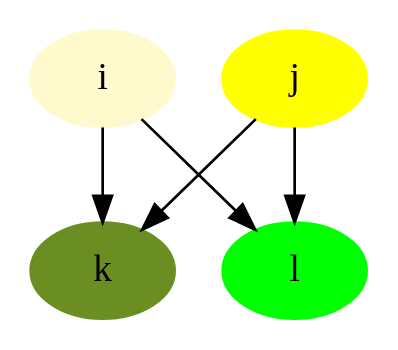
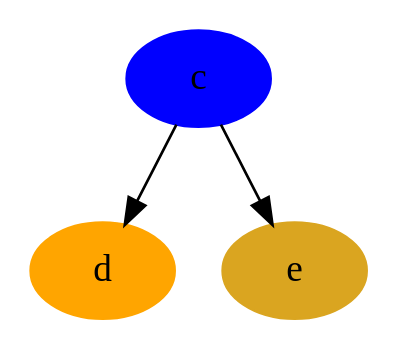
Before and after one commit to graphviz-perl/GraphViz2-Marpa-PathUtils: the diagram in out/clusters.out.09.001.gv, drawn with Graphviz. The commit also changed 50 other files, not shown here.

```diff
--- a/out/clusters.out.09.001.gv
+++ b/out/clusters.out.09.001.gv
@@ -1,27 +1,26 @@
 strict digraph path_set_01
 {
+	c[color = "blue" style = "filled"]
+	d[color = "orange" style = "filled"]
+	e[color = "goldenrod" style = "filled"]
+	c ->
+	
+	{
+		d
+		e
+	}
 
 	{
 
 	}
 
 	{
 
 	}
-	i[color = "lemonchiffon" style = "filled"]
-	j[color = "yellow" style = "filled"]
-	k[color = "olivedrab" style = "filled"]
-	l[color = "lime" style = "filled"]
-
-	{
-		i
-		j
-	}
  ->
 	
 	{
-		k
-		l
+
 	}
 
 }
```
